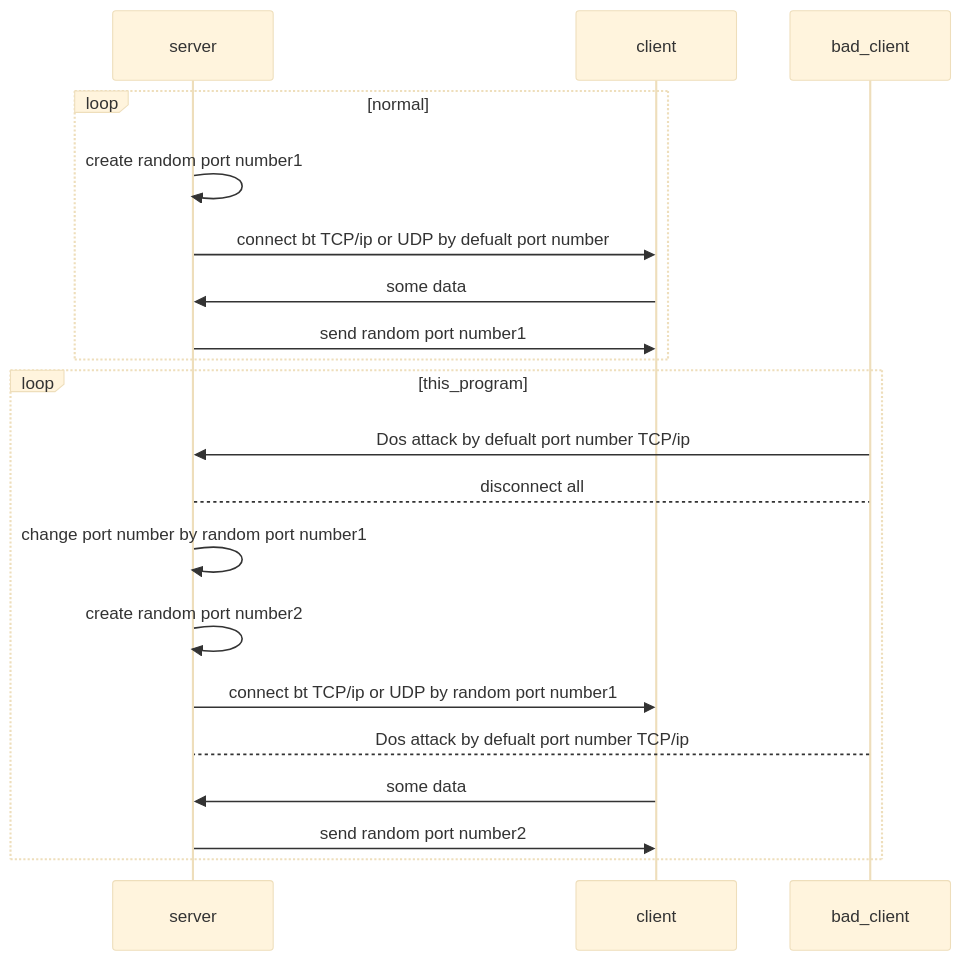
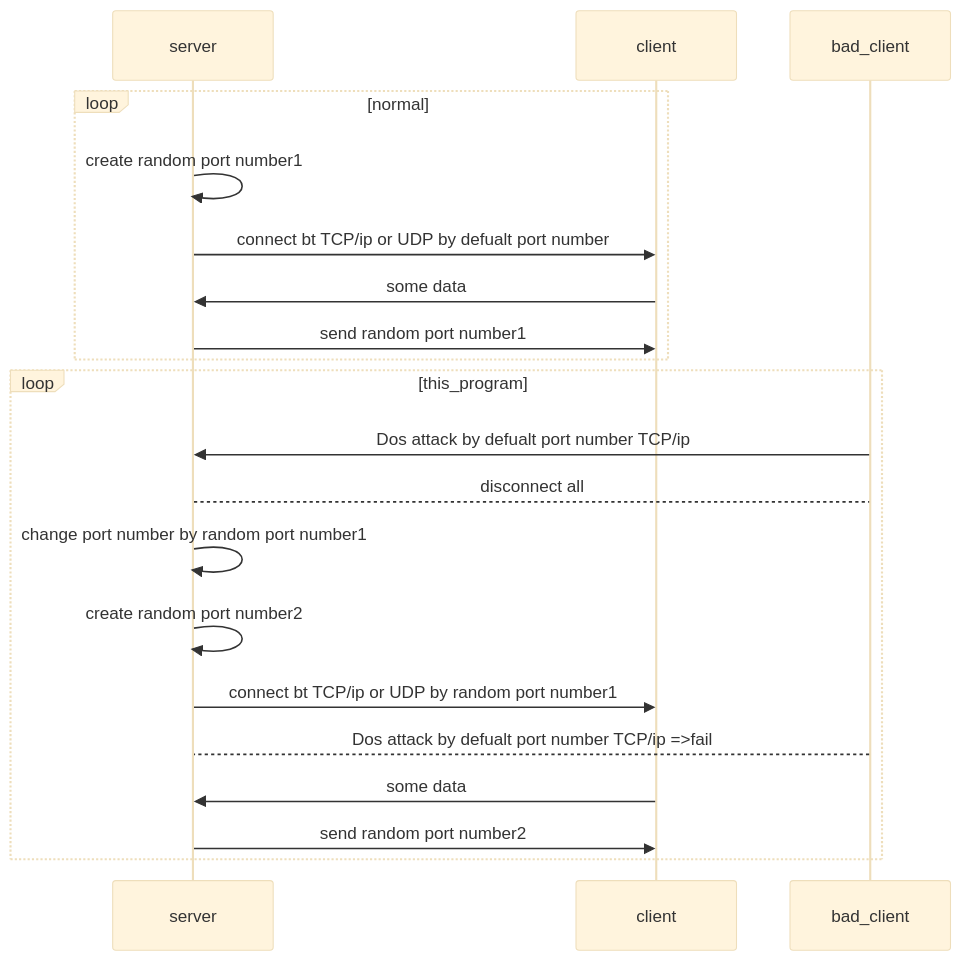
The second of 2 diagrams in README.md (JSHTIRED/Port_Connect_not-key), drawn with Mermaid (base theme) before and after one commit.

````diff
--- a/README.md
+++ b/README.md
@@ -56,22 +56,22 @@
 ```mermaid
 sequenceDiagram
     participant server
     participant client
     participant bad_client
 loop normal
     server->>server : create random port number1
     server->>client : connect bt TCP/ip or UDP by defualt port number
     client->>server : some data
     server->>client : send random port number1
 end
 loop this_program
     bad_client->>server : Dos attack by defualt port number TCP/ip
     server-->bad_client : disconnect all
     server->>server : change port number by random port number1
     server->>server : create random port number2
     server->>client : connect bt TCP/ip or UDP by random port number1
-    bad_client-->server: Dos attack by defualt port number TCP/ip
+    bad_client-->server: Dos attack by defualt port number TCP/ip =>fail
     client->>server : some data
     server->>client : send random port number2
 end
 ```
````
